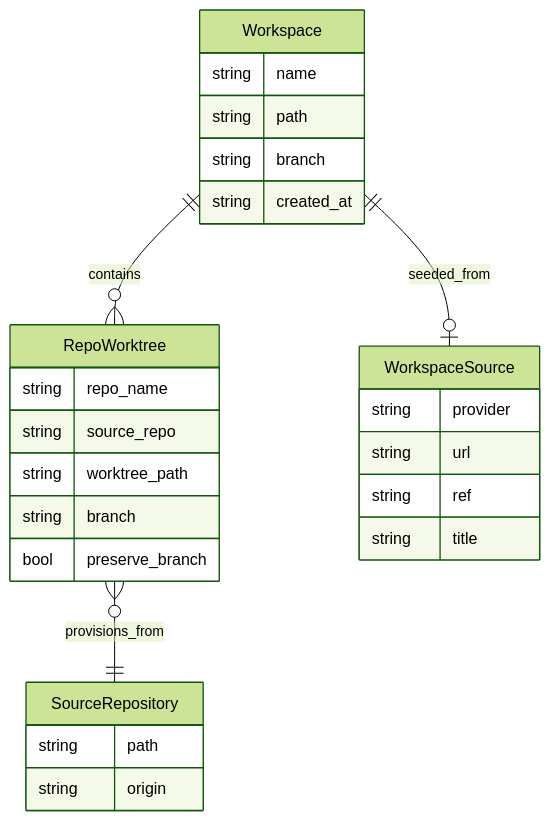
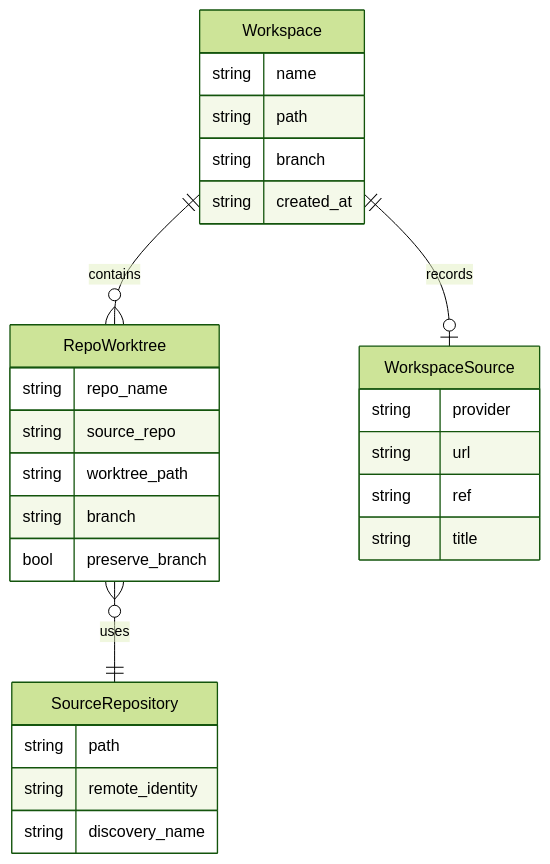
The first of 2 diagrams in openwiki/concepts.md (nicksenap/grove), drawn with Mermaid (forest theme) before and after one commit. The commit also changed other lines of this file and 26 other files, not shown here.

````diff
--- a/openwiki/concepts.md
+++ b/openwiki/concepts.md
@@ -45,29 +73,30 @@
 ```mermaid
 erDiagram
     Workspace ||--o{ RepoWorktree : contains
-    Workspace ||--o| WorkspaceSource : seeded_from
-    RepoWorktree }o--|| SourceRepository : provisions_from
+    Workspace ||--o| WorkspaceSource : records
+    RepoWorktree }o--|| SourceRepository : uses
+    SourceRepository {
+        string path
+        string remote_identity
+        string discovery_name
+    }
     Workspace {
         string name
         string path
         string branch
         string created_at
     }
     RepoWorktree {
         string repo_name
         string source_repo
         string worktree_path
         string branch
         bool preserve_branch
     }
     WorkspaceSource {
         string provider
         string url
         string ref
         string title
     }
-    SourceRepository {
-        string path
-        string origin
-    }
 ```
````
